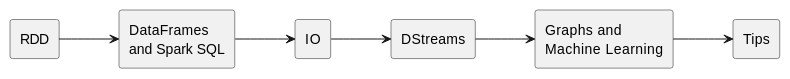
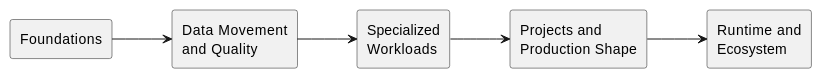
Before and after one commit to oneoffcoder/books: the diagram in sphinx/spark-intro/source/index.rst, drawn with PlantUML. The commit also changed other lines of this file and 16 other files, not shown here.

Commit message:
Expand spark intro local runtime content

```diff
--- a/sphinx/spark-intro/source/index.rst
+++ b/sphinx/spark-intro/source/index.rst
@@ -41,17 +41,15 @@
 .. uml::
 
    @startuml
    left to right direction
    skinparam shadowing false
-   rectangle "RDD" as rdd
-   rectangle "DataFrames\nand Spark SQL" as structured
-   rectangle "IO" as io
-   rectangle "DStreams" as streaming
-   rectangle "Graphs and\nMachine Learning" as advanced
-   rectangle "Tips" as tips
-   rdd --> structured
-   structured --> io
-   io --> streaming
-   streaming --> advanced
-   advanced --> tips
+   rectangle "Foundations" as foundations
+   rectangle "Data Movement\nand Quality" as movement
+   rectangle "Specialized\nWorkloads" as workloads
+   rectangle "Projects and\nProduction Shape" as projects
+   rectangle "Runtime and\nEcosystem" as runtime
+   foundations --> movement
+   movement --> workloads
+   workloads --> projects
+   projects --> runtime
    @enduml
```
